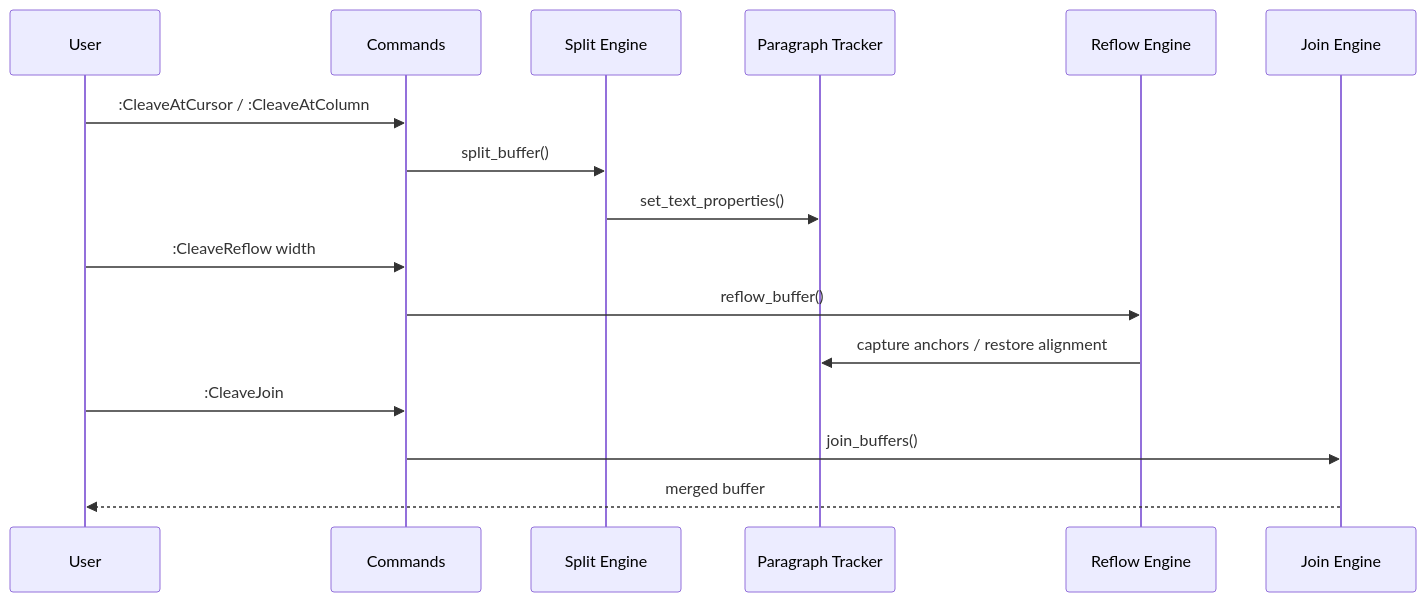
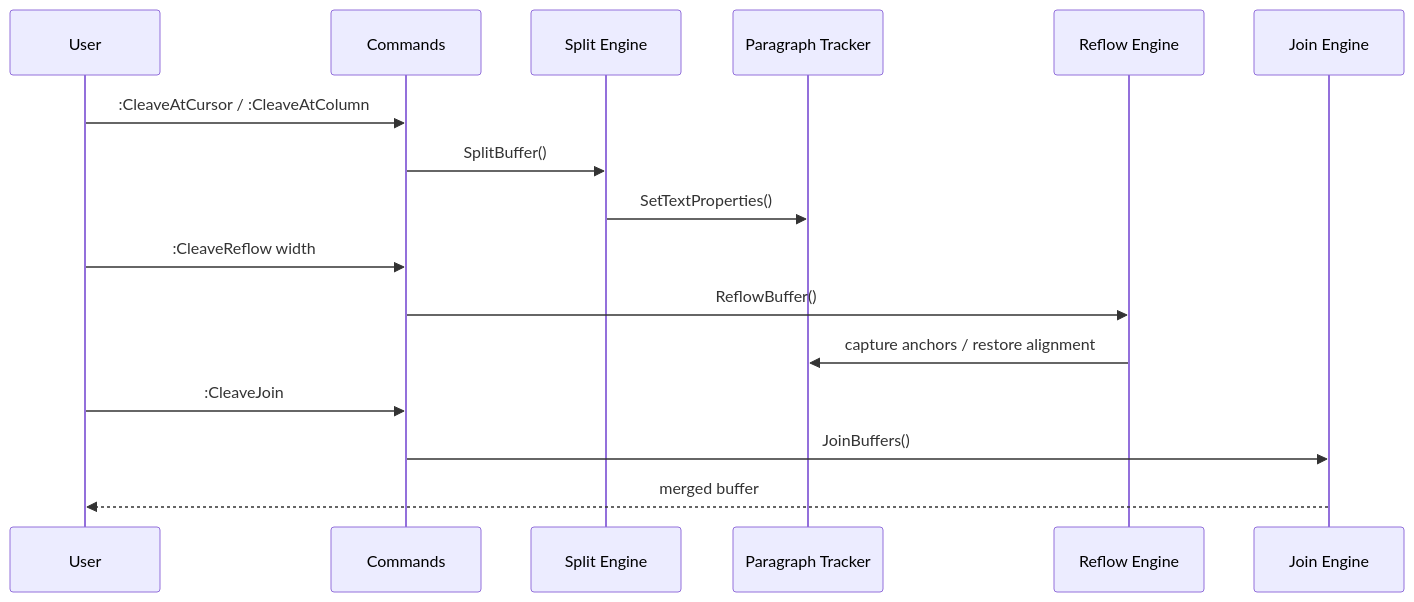
One commit to mtwebb/vim-cleave changed the second of 2 diagrams in ARCHITECTURE.md. Above: the diagram before and after it, drawn with Mermaid. The commit also changed other lines of this file and 7 other files, not shown here.

````diff
--- a/ARCHITECTURE.md
+++ b/ARCHITECTURE.md
@@ -54,21 +54,21 @@
 ```mermaid
 sequenceDiagram
     participant User
     participant Cmd as Commands
     participant Split as Split Engine
     participant Para as Paragraph Tracker
     participant Reflow as Reflow Engine
     participant Join as Join Engine
 
     User->>Cmd: :CleaveAtCursor / :CleaveAtColumn
-    Cmd->>Split: split_buffer()
-    Split->>Para: set_text_properties()
+    Cmd->>Split: SplitBuffer()
+    Split->>Para: SetTextProperties()
 
     User->>Cmd: :CleaveReflow width
-    Cmd->>Reflow: reflow_buffer()
+    Cmd->>Reflow: ReflowBuffer()
     Reflow->>Para: capture anchors / restore alignment
 
     User->>Cmd: :CleaveJoin
-    Cmd->>Join: join_buffers()
+    Cmd->>Join: JoinBuffers()
     Join-->>User: merged buffer
 ```
````
